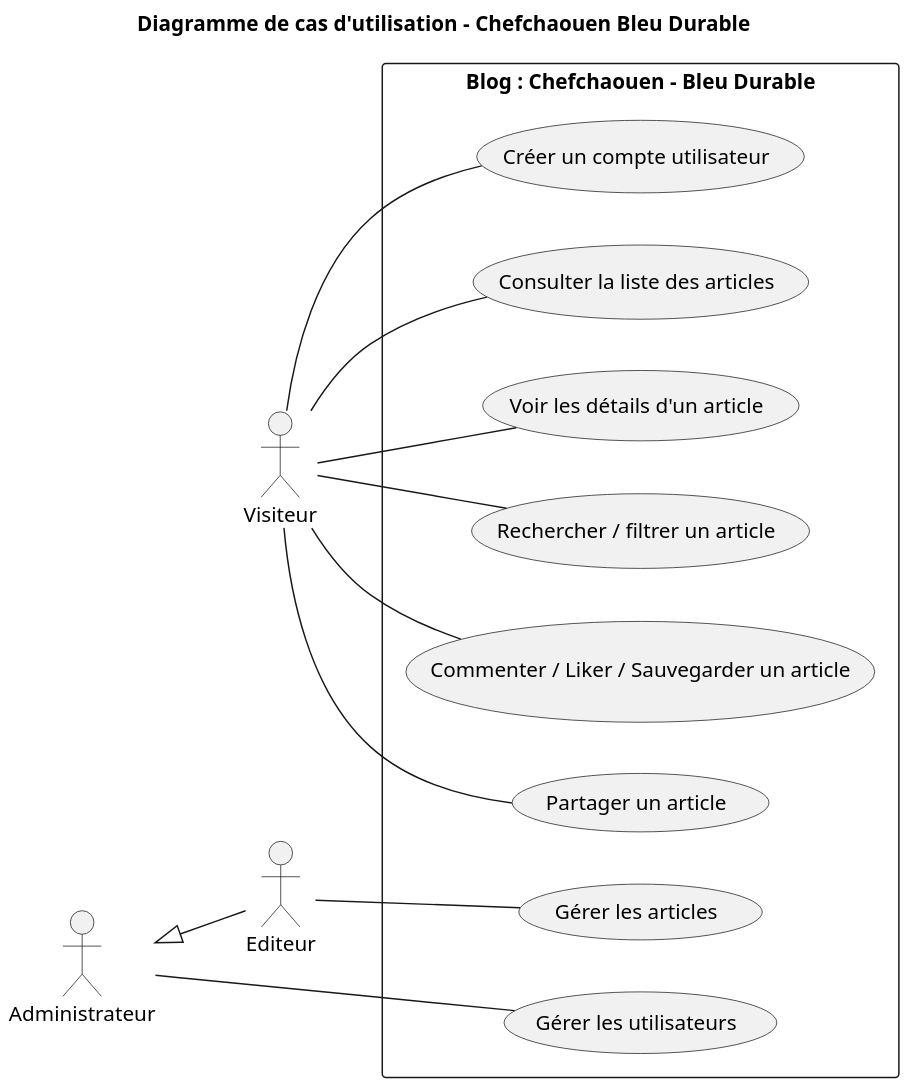
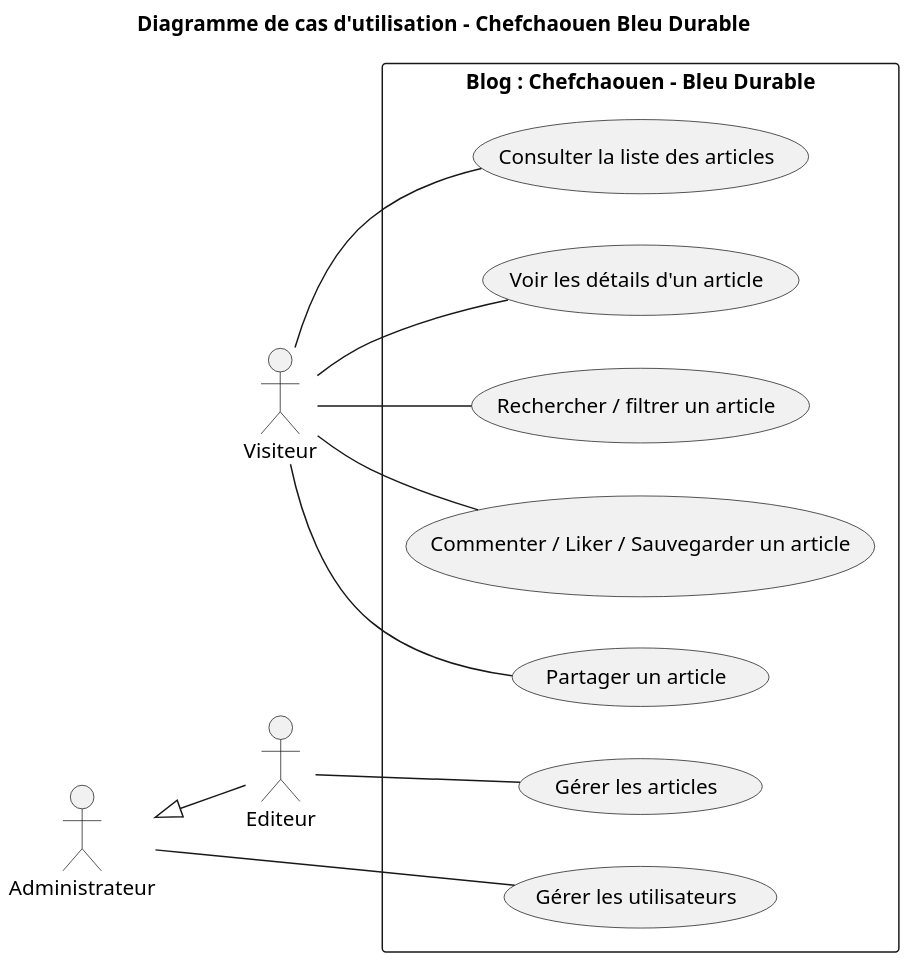
The diagram in fonctionnalités_principales/diagram_useCase.puml (salma-dev123/analyse_besoin), drawn with PlantUML before and after one commit.

Commit message:
update use case diagram

```diff
--- a/fonctionnalités_principales/diagram_useCase.puml
+++ b/fonctionnalités_principales/diagram_useCase.puml
@@ -1,37 +1,35 @@
 @startuml
 left to right direction
 scale 1.8
 title Diagramme de cas d'utilisation - Chefchaouen Bleu Durable
 
 actor "Visiteur" as Visiteur
 actor "Administrateur" as Admin
 actor "Editeur" as Editeur
 
 Admin <|-- Editeur
 
 rectangle "Blog : Chefchaouen - Bleu Durable" {
-  (Créer un compte utilisateur) as UC1
-  (Consulter la liste des articles) as UC2
-  (Voir les détails d'un article) as UC3
-  (Rechercher / filtrer un article) as UC4
-  (Commenter / Liker / Sauvegarder un article) as UC5
-  (Partager un article) as UC6
-  (Gérer les articles) as UC7
-  (Gérer les utilisateurs) as UC8
+  (Consulter la liste des articles) as UC1
+  (Voir les détails d'un article) as UC2
+  (Rechercher / filtrer un article) as UC3
+  (Commenter / Liker / Sauvegarder un article) as UC4
+  (Partager un article) as UC5
+  (Gérer les articles) as UC6
+  (Gérer les utilisateurs) as UC7
 }
 
 ' Relations du Visiteur
 Visiteur -- UC1
 Visiteur -- UC2
 Visiteur -- UC3
 Visiteur -- UC4
 Visiteur -- UC5
-Visiteur -- UC6
 
 ' Relations de l'Editeur
-Editeur -- UC7
+Editeur -- UC6
 
 ' Relations de l'Administrateur
-Admin -- UC8
+Admin -- UC7
 
 @enduml
```
